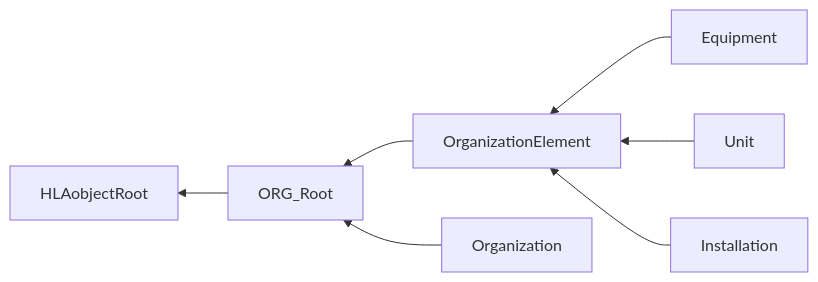
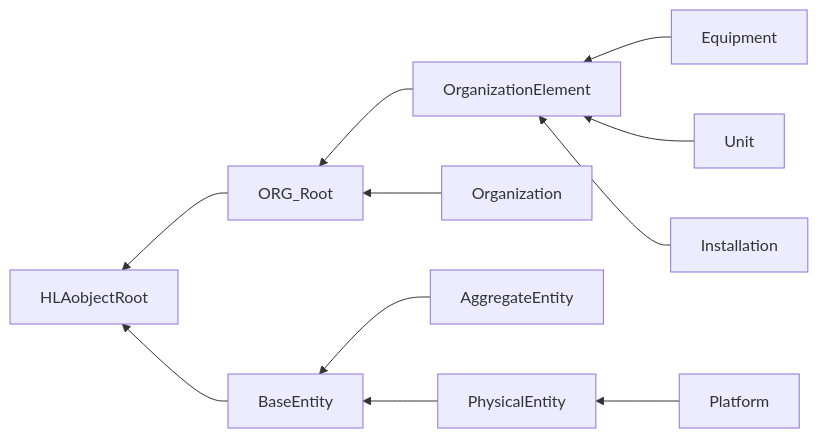
The diagram in NETN-ORG.md (AMSP-04/NETN-ORG), drawn with Mermaid before and after one commit. The commit also changed other lines of this file and 2 other files, not shown here.

````diff
--- a/NETN-ORG.md
+++ b/NETN-ORG.md
@@ -30,9 +30,13 @@
 ```mermaid
 graph RL
 ORG_Root-->HLAobjectRoot
+BaseEntity-->HLAobjectRoot
 OrganizationElement-->ORG_Root
 Organization-->ORG_Root
 Equipment-->OrganizationElement
 Unit-->OrganizationElement
 Installation-->OrganizationElement
+AggregateEntity-->BaseEntity
+PhysicalEntity-->BaseEntity
+Platform-->PhysicalEntity
 ```
````
